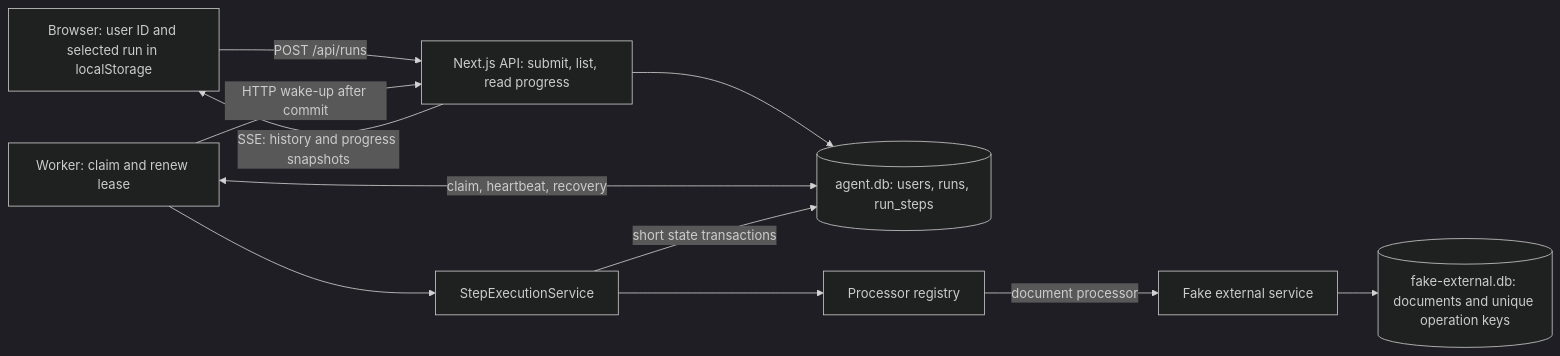
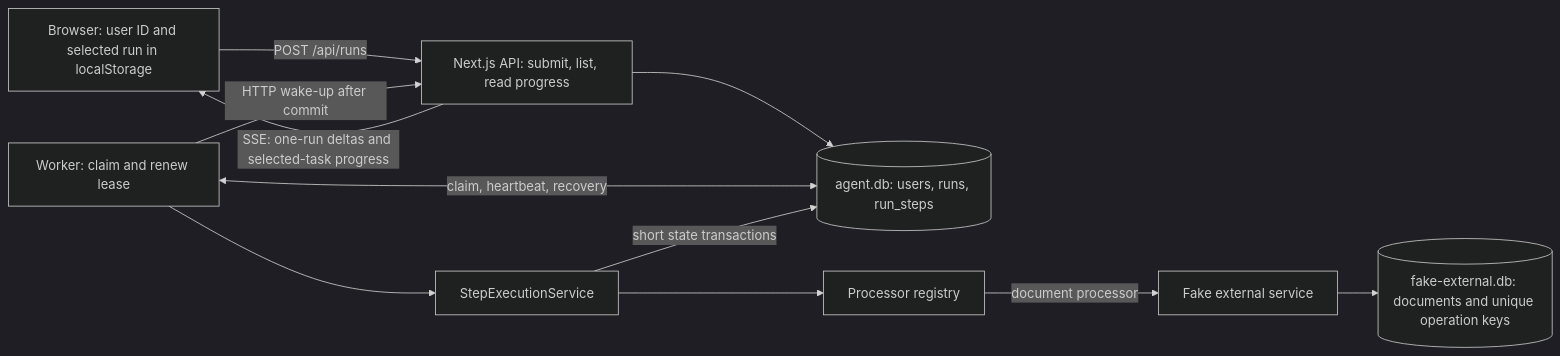
Before and after one commit to arturians/langdock-agent-tasks: the diagram in DESIGN.md, drawn with Mermaid (dark theme). The commit also changed other lines of this file and 12 other files, not shown here.

Commit message:
feat: stream durable single-run changes instead of history snapshots

````diff
--- a/DESIGN.md
+++ b/DESIGN.md
@@ -10,21 +10,21 @@
 ```mermaid
 flowchart LR
     Browser["Browser: user ID and selected run in localStorage"]
     API["Next.js API: submit, list, read progress"]
     DB[("agent.db: users, runs, run_steps")]
     Worker["Worker: claim and renew lease"]
     Service["StepExecutionService"]
     Registry["Processor registry"]
     External["Fake external service"]
     ExternalDB[("fake-external.db: documents and unique operation keys")]
     Browser -->|"POST /api/runs"| API
-    API -->|"SSE: history and progress snapshots"| Browser
+    API -->|"SSE: one-run deltas and selected-task progress"| Browser
     Worker -->|"HTTP wake-up after commit"| API
     API --> DB
     Worker <-->|"claim, heartbeat, recovery"| DB
     Worker --> Service
     Service --> Registry
     Service -->|"short state transactions"| DB
     Registry -->|"document processor"| External
     External --> ExternalDB
 ```
````
